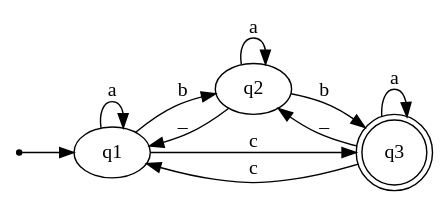
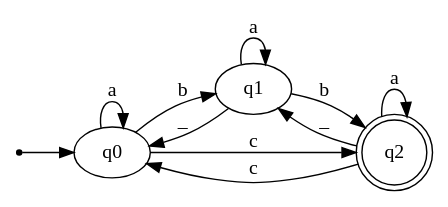
One commit to eabalestra/nondeterministic-finite-automaton changed the diagram in example-automatons/automata_6.dot. Above: the diagram before and after it, drawn with Graphviz. The commit also changed 4 other files, not shown here.

```diff
--- a/example-automatons/automata_6.dot
+++ b/example-automatons/automata_6.dot
@@ -1,19 +1,19 @@
 digraph{
 
     rankdir=LR;
     inic[shape=point];
 
-    inic->q1;
+    inic->q0;
 
+    q0->q0 [label="a"];
+    q0->q1 [label="b"];
+    q0->q2 [label="c"];
     q1->q1 [label="a"];
     q1->q2 [label="b"];
-    q1->q3 [label="c"];
+    q1->q0 [label="_"];
     q2->q2 [label="a"];
-    q2->q3 [label="b"];
     q2->q1 [label="_"];
-    q3->q3 [label="a"];
-    q3->q2 [label="_"];
-    q3->q1 [label="c"];
+    q2->q0 [label="c"];
 
-    q3[shape=doublecircle];
+    q2[shape=doublecircle];
 }
```
